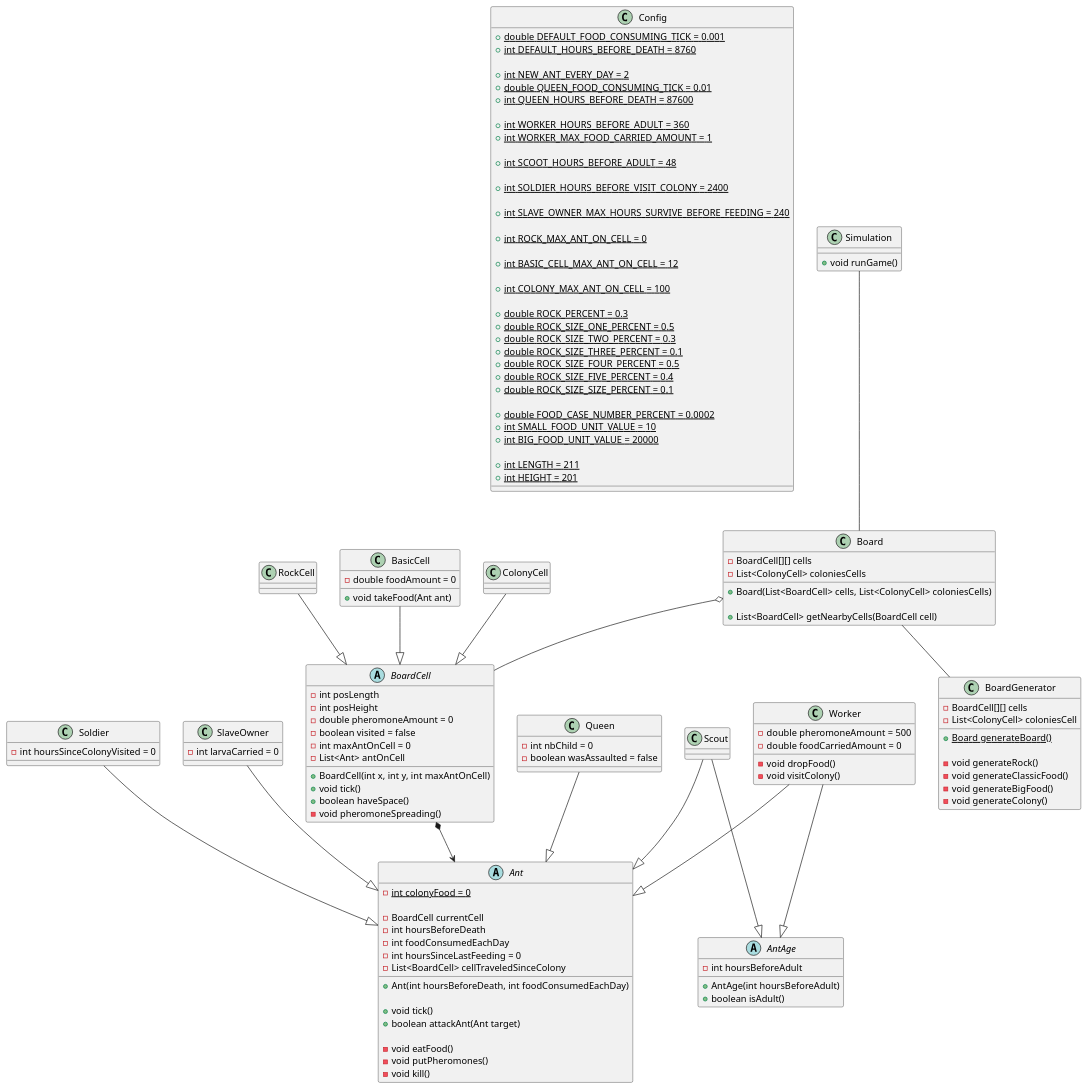
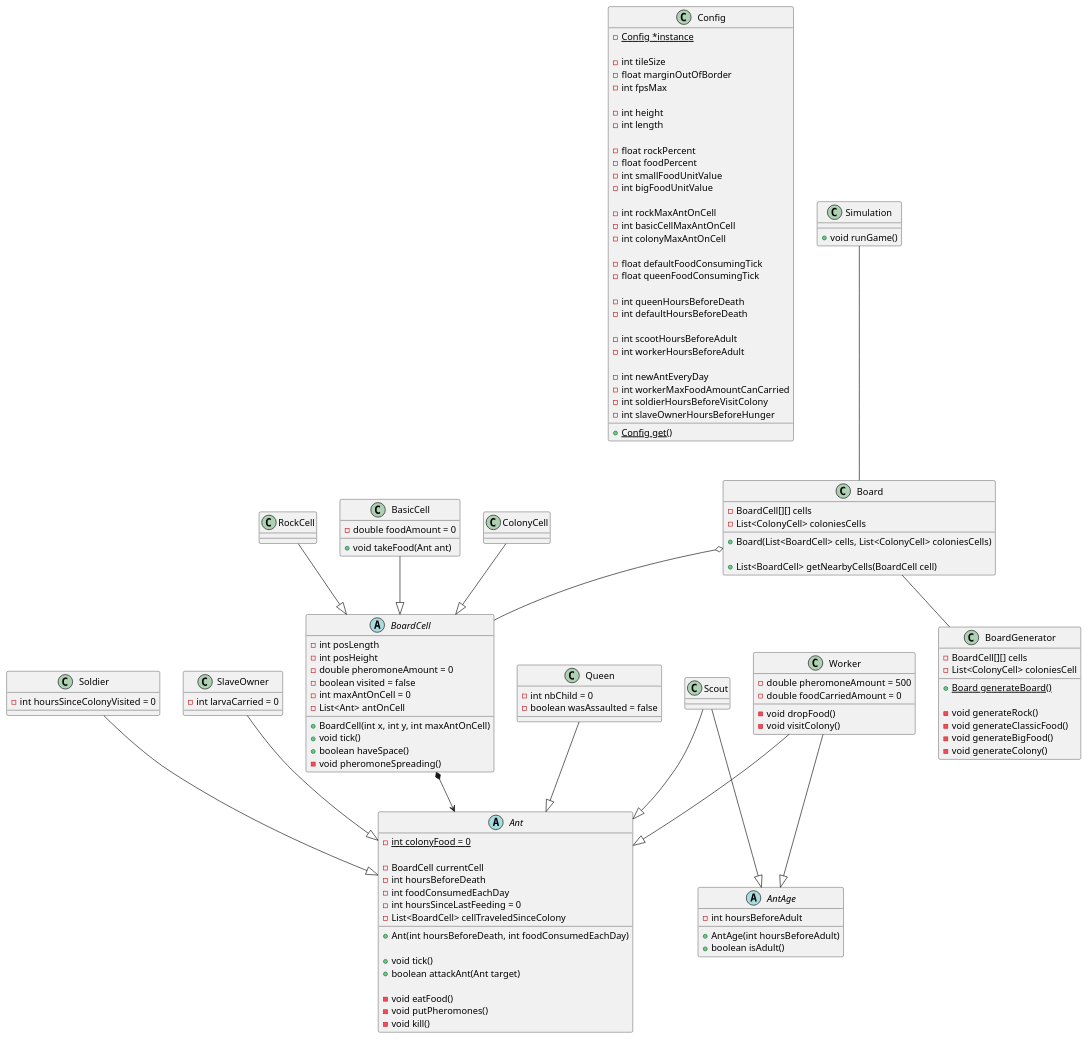
Before and after one commit to AntoninHuaut/aledlesfourmis: the diagram in Doc/class_diagram.puml, drawn with PlantUML. The commit also changed 2 other files, not shown here.

Commit message:
Slave owner ant

```diff
--- a/Doc/class_diagram.puml
+++ b/Doc/class_diagram.puml
@@ -1,166 +1,163 @@
 @startuml Ant
 
 class Config {
-    + {static} double DEFAULT_FOOD_CONSUMING_TICK = 0.001
-    + {static} int DEFAULT_HOURS_BEFORE_DEATH = 8760
+    - {static} Config *instance
 
-    + {static} int NEW_ANT_EVERY_DAY = 2    
-    + {static} double QUEEN_FOOD_CONSUMING_TICK = 0.01
-    + {static} int QUEEN_HOURS_BEFORE_DEATH = 87600
+    - int tileSize
+    - float marginOutOfBorder
+    - int fpsMax
 
-    + {static} int WORKER_HOURS_BEFORE_ADULT = 360
-    + {static} int WORKER_MAX_FOOD_CARRIED_AMOUNT = 1
+    - int height
+    - int length
 
-    + {static} int SCOOT_HOURS_BEFORE_ADULT = 48
+    - float rockPercent
+    - float foodPercent
+    - int smallFoodUnitValue
+    - int bigFoodUnitValue
 
-    + {static} int SOLDIER_HOURS_BEFORE_VISIT_COLONY = 2400
+    - int rockMaxAntOnCell
+    - int basicCellMaxAntOnCell
+    - int colonyMaxAntOnCell
 
-    + {static} int SLAVE_OWNER_MAX_HOURS_SURVIVE_BEFORE_FEEDING = 240
+    - float defaultFoodConsumingTick
+    - float queenFoodConsumingTick
 
-    + {static} int ROCK_MAX_ANT_ON_CELL = 0
+    - int queenHoursBeforeDeath
+    - int defaultHoursBeforeDeath
 
-    + {static} int BASIC_CELL_MAX_ANT_ON_CELL = 12
+    - int scootHoursBeforeAdult
+    - int workerHoursBeforeAdult
 
-    + {static} int COLONY_MAX_ANT_ON_CELL = 100
+    - int newAntEveryDay
+    - int workerMaxFoodAmountCanCarried
+    - int soldierHoursBeforeVisitColony
+    - int slaveOwnerHoursBeforeHunger
 
-    + {static} double ROCK_PERCENT = 0.3
-    + {static} double ROCK_SIZE_ONE_PERCENT = 0.5
-    + {static} double ROCK_SIZE_TWO_PERCENT = 0.3
-    + {static} double ROCK_SIZE_THREE_PERCENT = 0.1
-    + {static} double ROCK_SIZE_FOUR_PERCENT = 0.5
-    + {static} double ROCK_SIZE_FIVE_PERCENT = 0.4
-    + {static} double ROCK_SIZE_SIZE_PERCENT = 0.1
-
-    + {static} double FOOD_CASE_NUMBER_PERCENT = 0.0002
-    + {static} int SMALL_FOOD_UNIT_VALUE = 10
-    + {static} int BIG_FOOD_UNIT_VALUE = 20000
-
-    + {static} int LENGTH = 211
-    + {static} int HEIGHT = 201
+    + {static} Config get()
 }
 
 abstract class Ant {
     - {static} int colonyFood = 0
     
     - BoardCell currentCell
     - int hoursBeforeDeath
     - int foodConsumedEachDay
     - int hoursSinceLastFeeding = 0
     - List<BoardCell> cellTraveledSinceColony
     
     + Ant(int hoursBeforeDeath, int foodConsumedEachDay)
 
     + void tick()
     + boolean attackAnt(Ant target)
 
     - void eatFood()
     - void putPheromones()
     - void kill()
 }
 
 class Queen {
     - int nbChild = 0
     - boolean wasAssaulted = false
 }
 
 abstract class AntAge {
     + AntAge(int hoursBeforeAdult)
 
     - int hoursBeforeAdult
 
     + boolean isAdult()
 }
 
 class Worker {
     - double pheromoneAmount = 500
     - double foodCarriedAmount = 0
 
     - void dropFood()
     - void visitColony()
 }
 
 class Scout {
     
 }
 
 class Soldier {
     - int hoursSinceColonyVisited = 0
 }
 
 class SlaveOwner {
     - int larvaCarried = 0
 }
 
 abstract class BoardCell {
     - int posLength
     - int posHeight
     - double pheromoneAmount = 0
     - boolean visited = false
     - int maxAntOnCell = 0
     - List<Ant> antOnCell   
 
     + BoardCell(int x, int y, int maxAntOnCell)
     + void tick()
     + boolean haveSpace()
     - void pheromoneSpreading()
 }
 
 class RockCell {
     
 }
 
 class BasicCell {
     - double foodAmount = 0
 
     + void takeFood(Ant ant)
 }
 
 class ColonyCell {
     
 }
 
 class Board {
     - BoardCell[][] cells
     - List<ColonyCell> coloniesCells
 
     + Board(List<BoardCell> cells, List<ColonyCell> coloniesCells)
     
     + List<BoardCell> getNearbyCells(BoardCell cell)
 }
 
 class BoardGenerator {
     - BoardCell[][] cells
     - List<ColonyCell> coloniesCell
 
     + {static} Board generateBoard()
 
     - void generateRock()
     - void generateClassicFood()
     - void generateBigFood()
     - void generateColony()
 }
 
 class Simulation {
     + void runGame()
 }
 
 RockCell --|> BoardCell
 BasicCell --|> BoardCell
 ColonyCell --|> BoardCell
 
 Simulation -- Board
 Board -- BoardGenerator
 Board o-- BoardCell
 
 BoardCell *--> Ant
 
 Worker --|> AntAge
 Scout --|> AntAge
 
 Worker --|> Ant
 Scout --|> Ant
 Soldier --|> Ant
 SlaveOwner --|> Ant
 Queen --|> Ant
 
 @enduml
```
